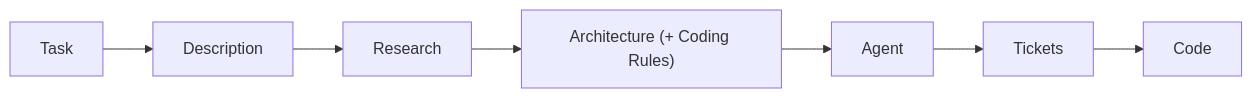
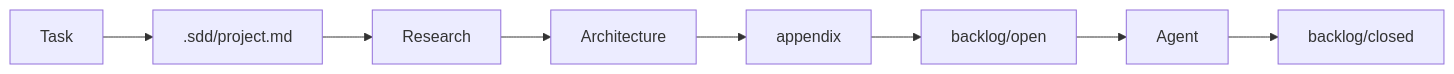
The diagram in README.md (chernistry/SDDRush), drawn with Mermaid before and after one commit. The commit also changed other lines of this file and 18 other files, not shown here.

````diff
--- a/README.md
+++ b/README.md
@@ -11,9 +14,10 @@
 ```mermaid
 flowchart LR
-  A[Task] --> B[Description]
+  A[Task] --> B[.sdd/project.md]
   B --> C[Research]
-  C --> D["Architecture (+ Coding Rules)"]
-  D --> E[Agent]
-  E --> F[Tickets]
-  F --> G[Code]
+  C --> D[Architecture]
+  D --> E["<tickets> appendix"]
+  E --> F[backlog/open]
+  F --> G[Agent]
+  G --> H[backlog/closed]
 ```
````
